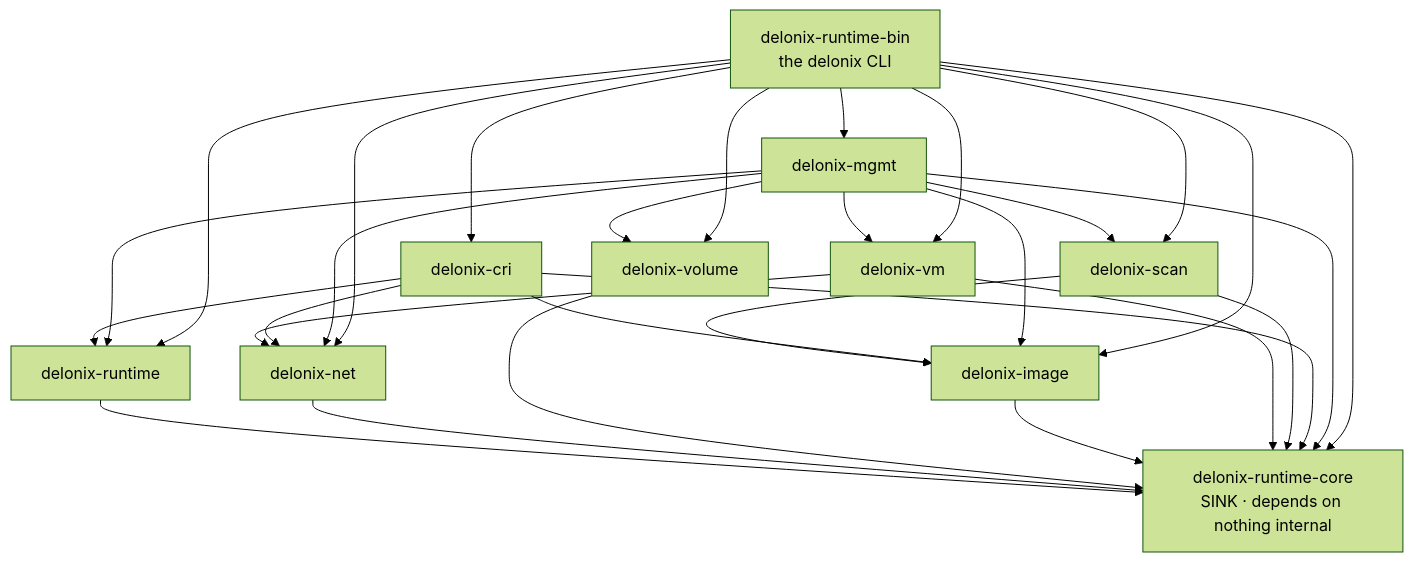
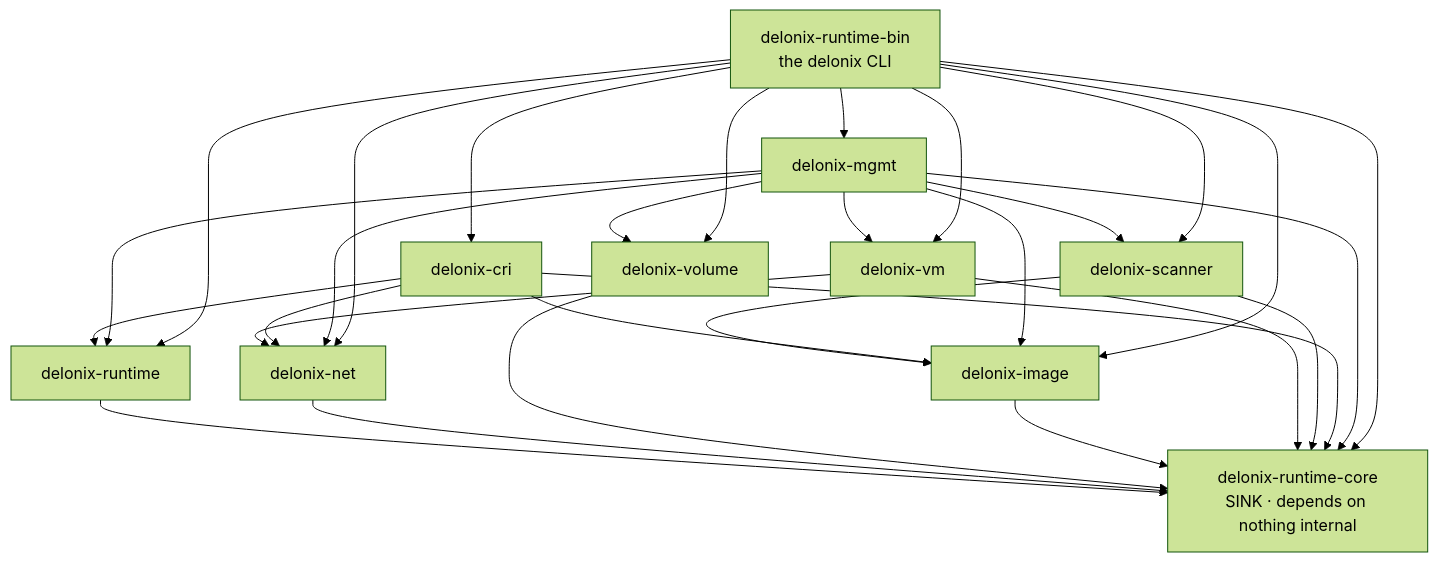
Before and after one commit to angolardevops/delonix-runtime: the diagram in docs/runtime/dependency-map.md, drawn with Mermaid (forest theme). The commit also changed 16 other files, not shown here.

First line of the commit message:
arch(P3n): delonix-scan passa a chamar-se delonix-scanner

````diff
--- a/docs/runtime/dependency-map.md
+++ b/docs/runtime/dependency-map.md
@@ -9,38 +9,38 @@
 ```mermaid
 graph TD
     core[delonix-runtime-core<br/>SINK · depends on nothing internal]
 
     runtime[delonix-runtime] --> core
     net[delonix-net] --> core
     volume[delonix-volume] --> core
     image[delonix-image] --> core
 
     vm[delonix-vm] --> core
     vm --> net
 
-    scan[delonix-scan] --> core
+    scan[delonix-scanner] --> core
     scan --> image
 
     cri[delonix-cri] --> core
     cri --> runtime
     cri --> image
     cri --> net
 
     mgmt[delonix-mgmt] --> core
     mgmt --> runtime
     mgmt --> volume
     mgmt --> image
     mgmt --> scan
     mgmt --> vm
     mgmt --> net
 
     bin[delonix-runtime-bin<br/>the delonix CLI] --> core
     bin --> runtime
     bin --> image
     bin --> vm
     bin --> volume
     bin --> scan
     bin --> cri
     bin --> mgmt
     bin --> net
 ```
````
